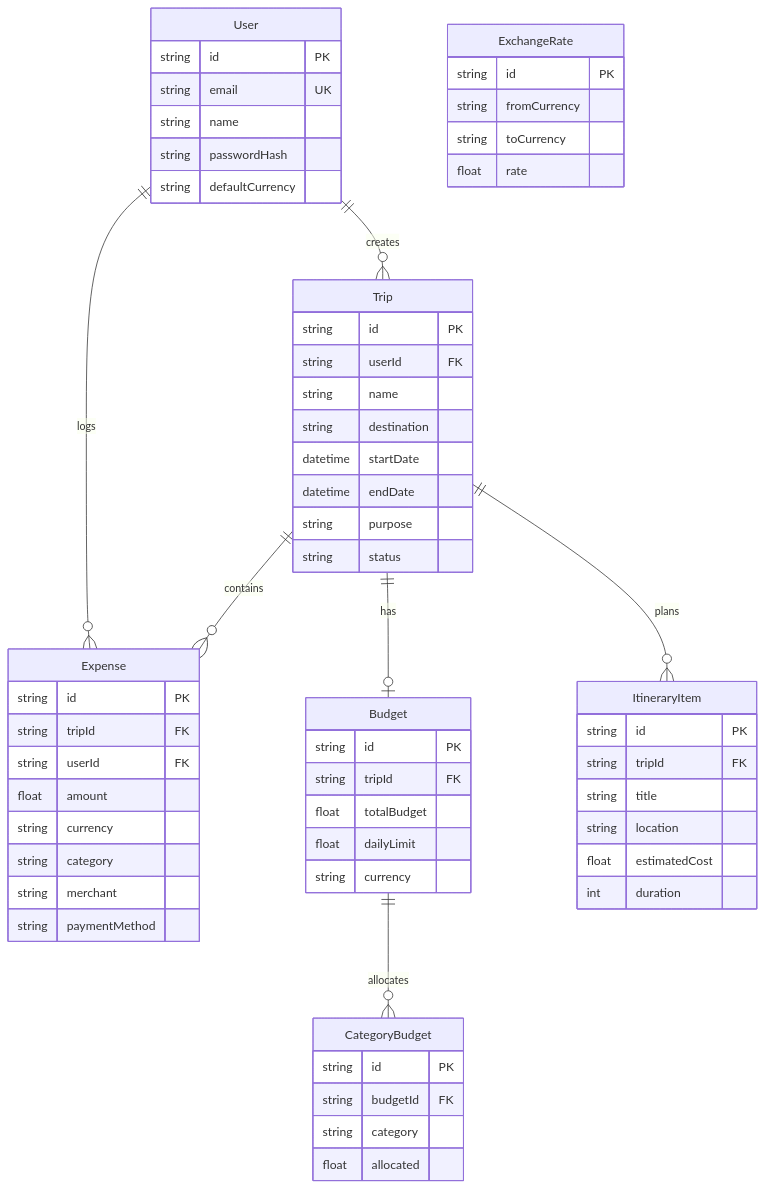
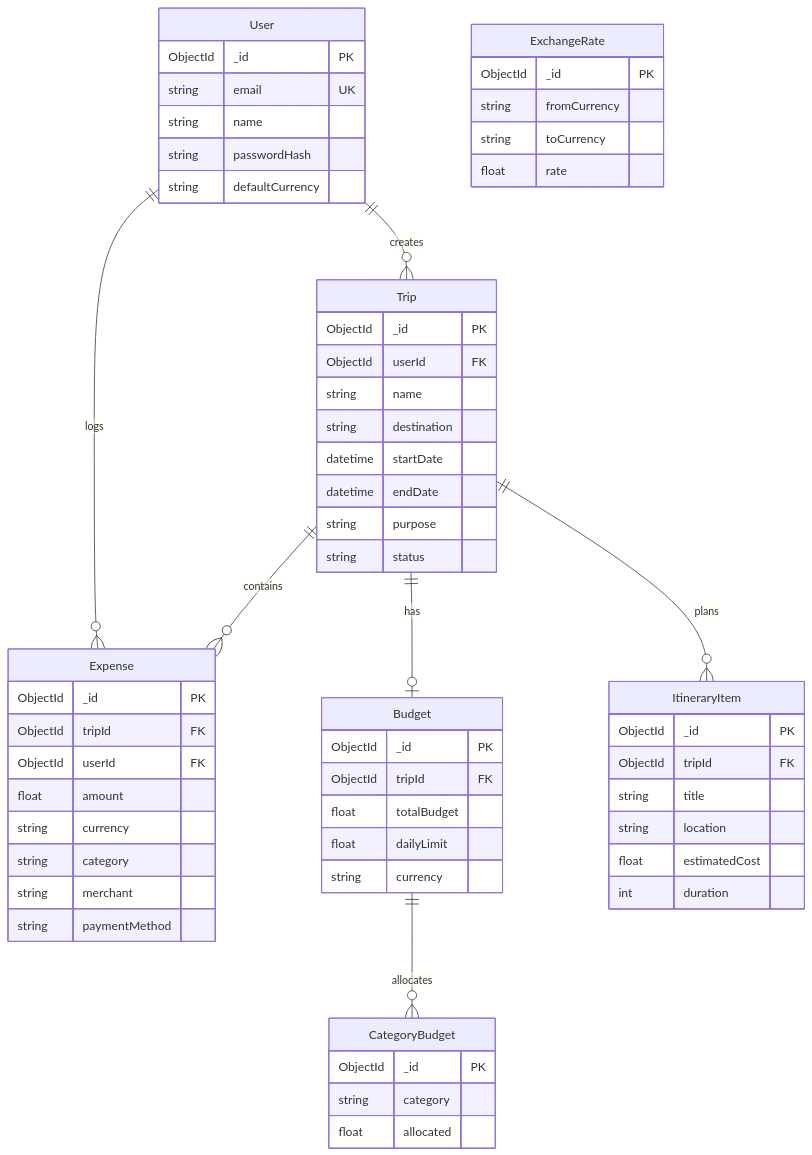
The second of 3 diagrams in README.md (rajdivyansh965/TravelTrack), drawn with Mermaid before and after one commit. The commit also changed other lines of this file and 1 other file, not shown here.

Commit message:
Update READMEs and Mermaid diagrams to reflect Mongoose migration

````diff
--- a/README.md
+++ b/README.md
@@ -128,64 +128,63 @@
 ```mermaid
 erDiagram
     User ||--o{ Trip : creates
     User ||--o{ Expense : logs
     Trip ||--o| Budget : has
     Trip ||--o{ Expense : contains
     Trip ||--o{ ItineraryItem : plans
     Budget ||--o{ CategoryBudget : allocates
 
     User {
-        string id PK
+        ObjectId _id PK
         string email UK
         string name
         string passwordHash
         string defaultCurrency
     }
     Trip {
-        string id PK
-        string userId FK
+        ObjectId _id PK
+        ObjectId userId FK
         string name
         string destination
         datetime startDate
         datetime endDate
         string purpose
         string status
     }
     Expense {
-        string id PK
-        string tripId FK
-        string userId FK
+        ObjectId _id PK
+        ObjectId tripId FK
+        ObjectId userId FK
         float amount
         string currency
         string category
         string merchant
         string paymentMethod
     }
     Budget {
-        string id PK
-        string tripId FK
+        ObjectId _id PK
+        ObjectId tripId FK
         float totalBudget
         float dailyLimit
         string currency
     }
     CategoryBudget {
-        string id PK
-        string budgetId FK
+        ObjectId _id PK
         string category
         float allocated
     }
     ItineraryItem {
-        string id PK
-        string tripId FK
+        ObjectId _id PK
+        ObjectId tripId FK
         string title
         string location
         float estimatedCost
         int duration
     }
     ExchangeRate {
-        string id PK
+        ObjectId _id PK
         string fromCurrency
         string toCurrency
         float rate
     }
 ```
````
